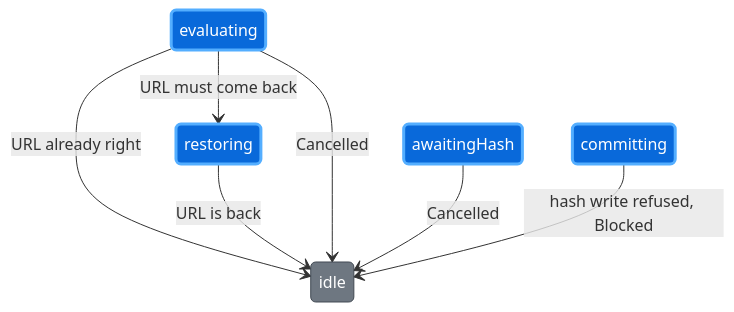
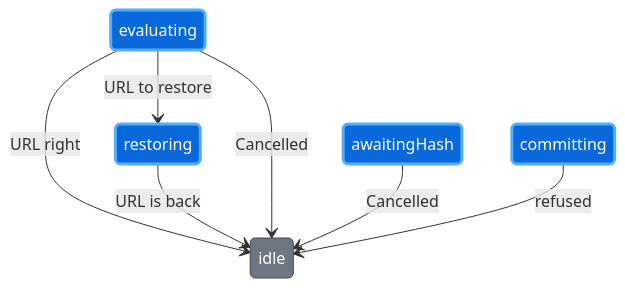
Before and after one commit to wridgeu/ui5-lib-guard-router: diagram 12 of 12 in docs/reference/architecture.md, drawn with Mermaid. The commit also changed other lines of this file, not shown here.

````diff
--- a/docs/reference/architecture.md
+++ b/docs/reference/architecture.md
@@ -1339,14 +1339,14 @@
 ```mermaid
 stateDiagram-v2
-    evaluating --> idle: URL already right
-    evaluating --> restoring: URL must come back
+    evaluating --> idle: URL right
+    evaluating --> restoring: URL to restore
     restoring --> idle: URL is back
     evaluating --> idle: Cancelled
     awaitingHash --> idle: Cancelled
-    committing --> idle: hash write refused, Blocked
+    committing --> idle: refused
 
     classDef native fill:#6e7781,stroke:#424a53,color:#ffffff
     classDef added fill:#0969da,stroke:#54aeff,stroke-width:3px,color:#ffffff
     class idle native
     class evaluating,committing,awaitingHash,restoring added
 ```
````
